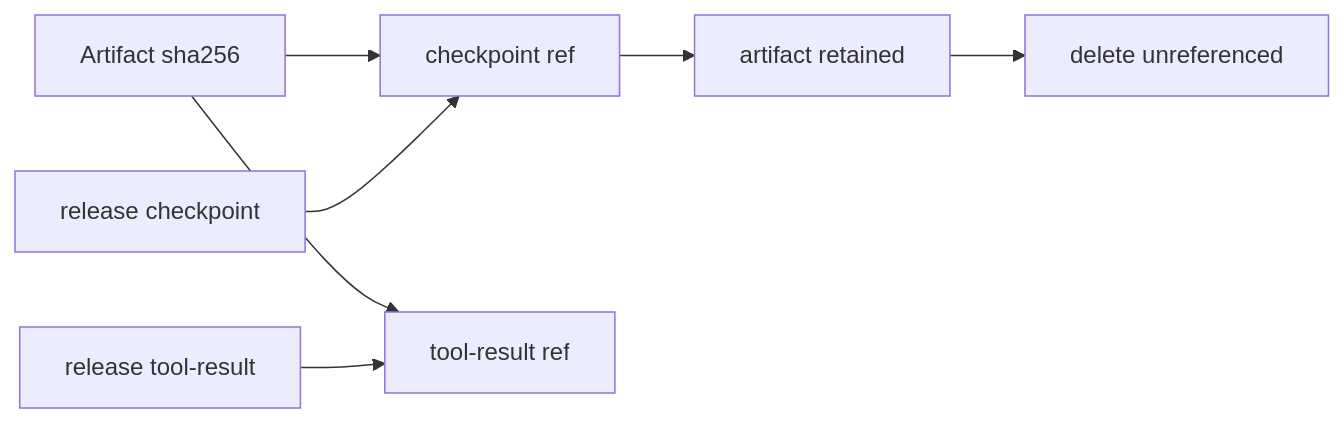
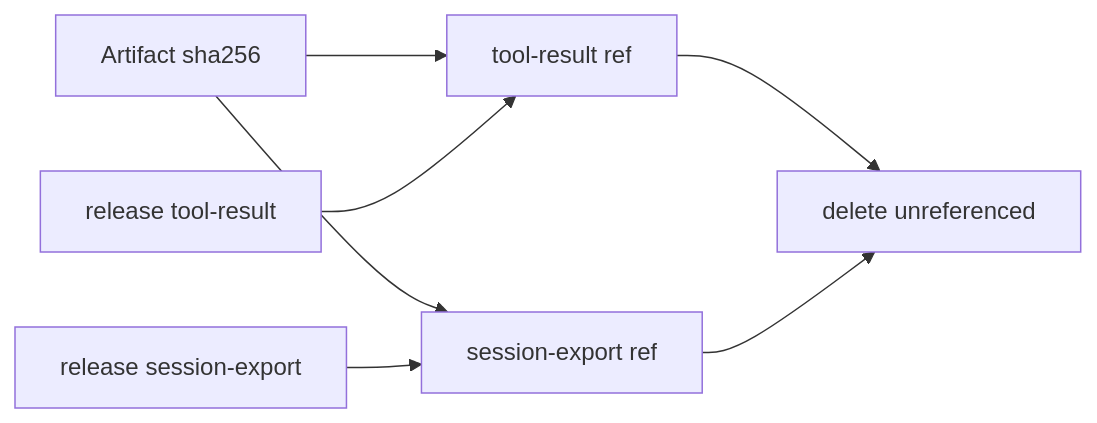
Before and after one commit to LunaY77/ello: the diagram in docs/storage/artifact-and-usage-storage.md, drawn with Mermaid. The commit also changed other lines of this file and 454 other files, not shown here.

````diff
--- a/docs/storage/artifact-and-usage-storage.md
+++ b/docs/storage/artifact-and-usage-storage.md
@@ -21,9 +21,9 @@
 ```mermaid
 flowchart LR
-  A[Artifact sha256] --> R1[checkpoint ref]
-  A --> R2[tool-result ref]
-  Drop[release tool-result] --> R2
-  R1 --> Keep[artifact retained]
-  Drop2[release checkpoint] --> R1
-  Keep --> GC[delete unreferenced]
+  A[Artifact sha256] --> R1[tool-result ref]
+  A --> R2[session-export ref]
+  Drop1[release tool-result] --> R1
+  Drop2[release session-export] --> R2
+  R1 --> GC[delete unreferenced]
+  R2 --> GC
 ```
````
